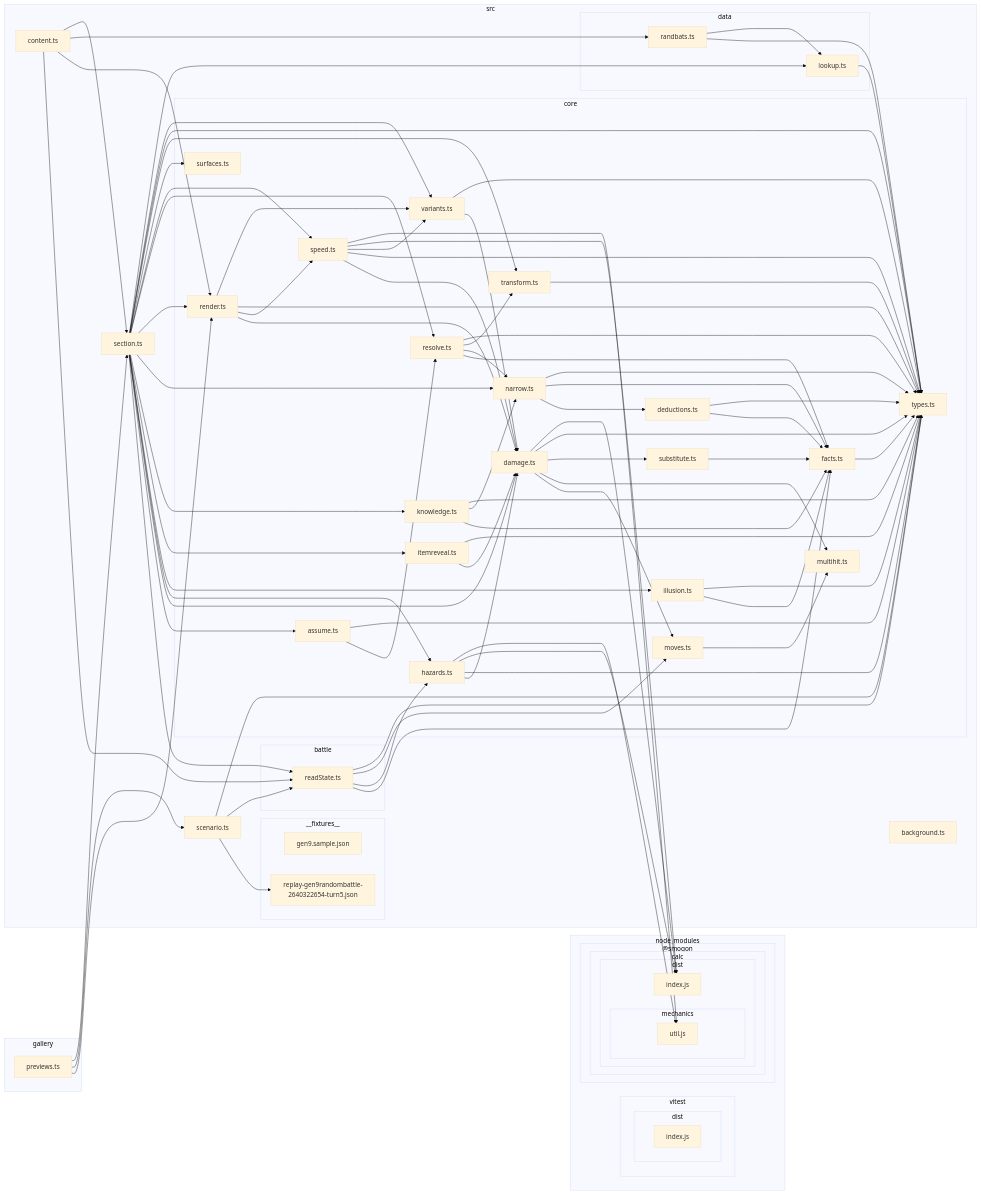
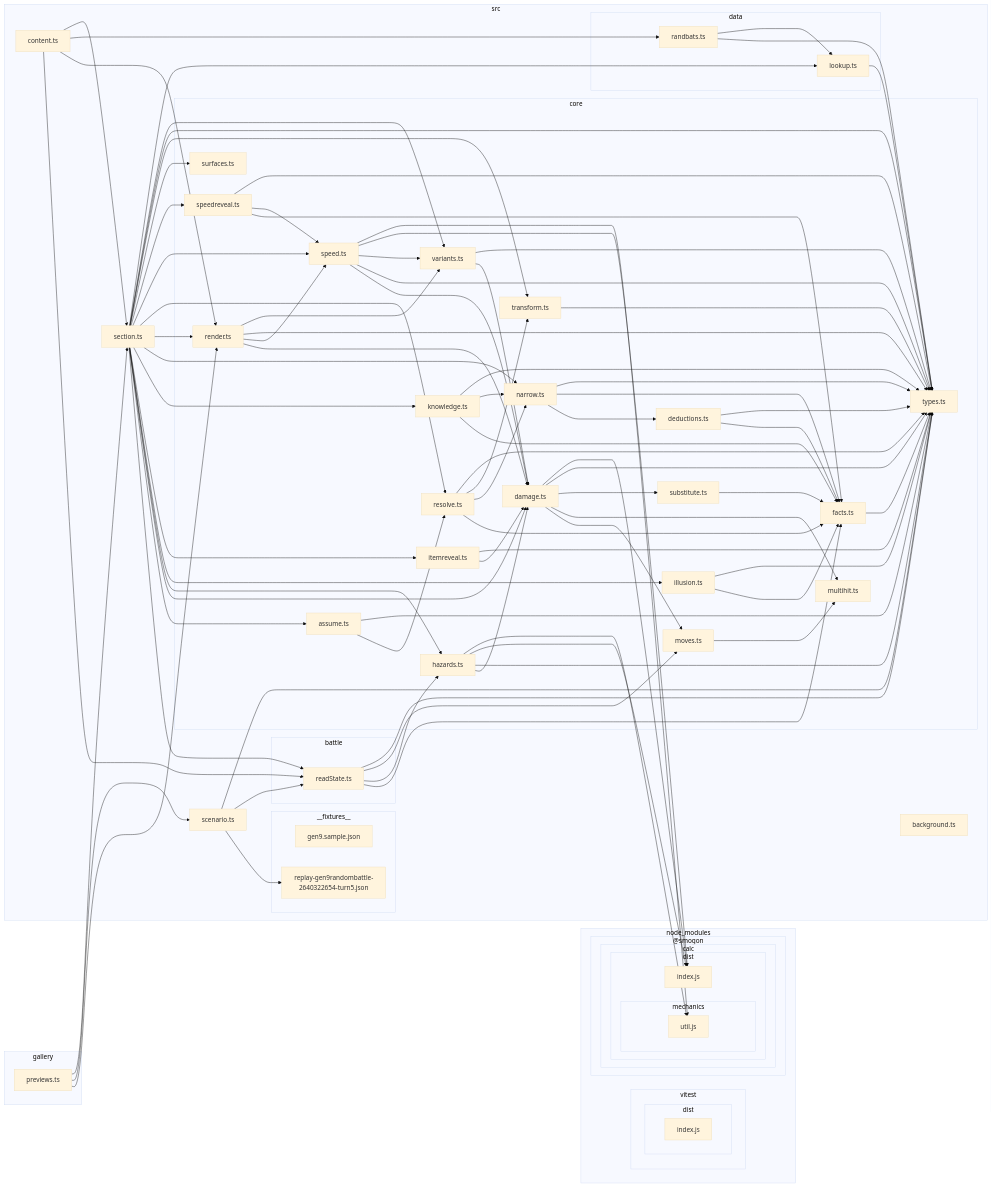
Before and after one commit to seanaujong/hi-chu: the diagram in docs/architecture-graph.md, drawn with Mermaid (base theme). The commit also changed other lines of this file and 10 other files, not shown here.

````diff
--- a/docs/architecture-graph.md
+++ b/docs/architecture-graph.md
@@ -39,23 +39,24 @@
 W["illusion.ts"]
 X["itemreveal.ts"]
 Y["knowledge.ts"]
-Z["surfaces.ts"]
+Z["speedreveal.ts"]
+10["surfaces.ts"]
 end
 K["scenario.ts"]
 subgraph L["__fixtures__"]
 M["replay-gen9randombattle-2640322654-turn5.json"]
-18["gen9.sample.json"]
+19["gen9.sample.json"]
 end
 subgraph N["battle"]
 O["readState.ts"]
 end
 Q["section.ts"]
-subgraph 10["data"]
-11["lookup.ts"]
-17["randbats.ts"]
+subgraph 11["data"]
+12["lookup.ts"]
+18["randbats.ts"]
 end
-12["background.ts"]
-16["content.ts"]
+13["background.ts"]
+17["content.ts"]
 end
 subgraph 6["node_modules"]
 subgraph 7["@smogon"]
@@ -68,9 +69,9 @@
 end
 end
 end
-subgraph 13["vitest"]
-subgraph 14["dist"]
-15["index.js"]
+subgraph 14["vitest"]
+subgraph 15["dist"]
+16["index.js"]
 end
 end
 end
@@ -119,10 +120,11 @@
 Q-->S
 Q-->G
 Q-->Z
+Q-->10
 Q-->V
 Q-->F
 Q-->J
-Q-->11
+Q-->12
 R-->S
 R-->F
 S-->E
@@ -142,11 +144,14 @@
 Y-->E
 Y-->T
 Y-->F
-11-->F
-16-->O
-16-->4
-16-->17
-16-->Q
-17-->F
-17-->11
+Z-->E
+Z-->G
+Z-->F
+12-->F
+17-->O
+17-->4
+17-->18
+17-->Q
+18-->F
+18-->12
 ```
````
